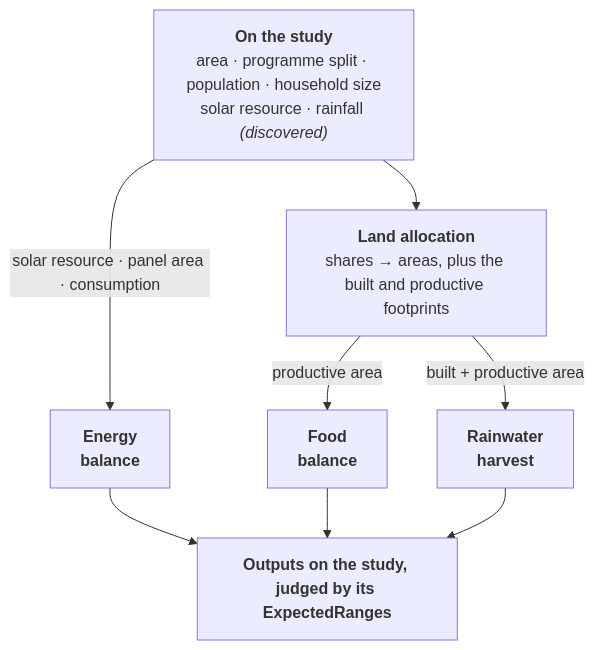
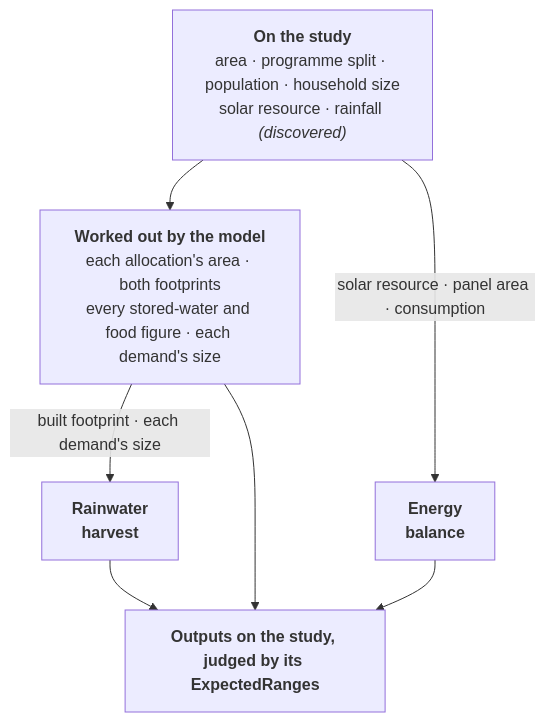
The sixth of 11 diagrams in docs/LAND_INTAKE.md (ReGen-Villages/VillageOS-API), drawn with Mermaid before and after one commit. The commit also changed other lines of this file and 26 other files, not shown here.

First line of the commit message:
feat(#6748): retire the food balance, and leave the water reserve its node form

````diff
--- a/docs/LAND_INTAKE.md
+++ b/docs/LAND_INTAKE.md
@@ -545,17 +546,15 @@
 ```mermaid
 flowchart TB
   R["<b>On the study</b><br/>area · programme split · population · household size<br/>solar resource · rainfall <i>(discovered)</i>"]
-  LA["<b>Land allocation</b><br/>shares → areas, plus the built and productive footprints"]
+  M["<b>Worked out by the model</b><br/>each allocation's area · both footprints<br/>every stored-water and food figure · each demand's size"]
   EB["<b>Energy<br/>balance</b>"]
-  FB["<b>Food<br/>balance</b>"]
   RH["<b>Rainwater<br/>harvest</b>"]
   W["<b>Outputs on the study, judged by its ExpectedRanges</b>"]
 
-  R --> LA
+  R --> M
   R -->|"solar resource · panel area · consumption"| EB
-  LA -->|"productive area"| FB
-  LA -->|"built + productive area"| RH
+  M -->|"built footprint · each demand's size"| RH
+  M --> W
   EB --> W
-  FB --> W
   RH --> W
 ```
````
